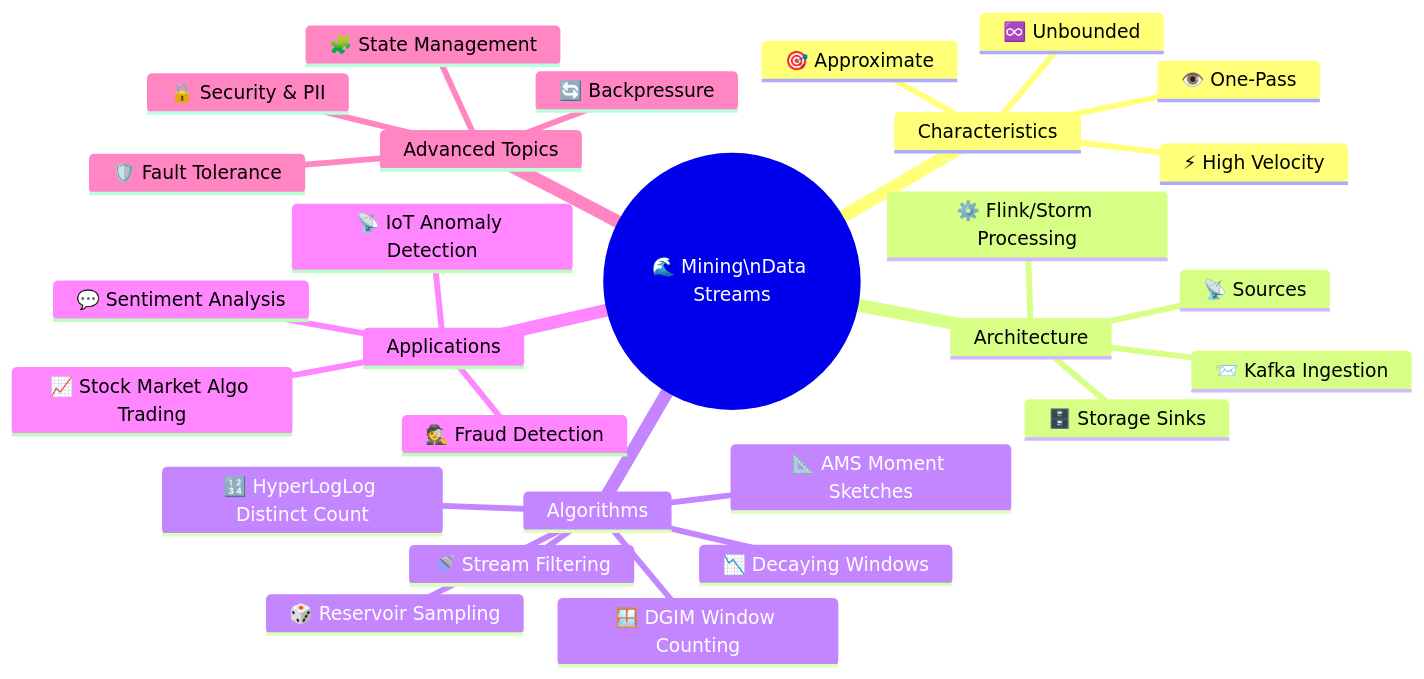
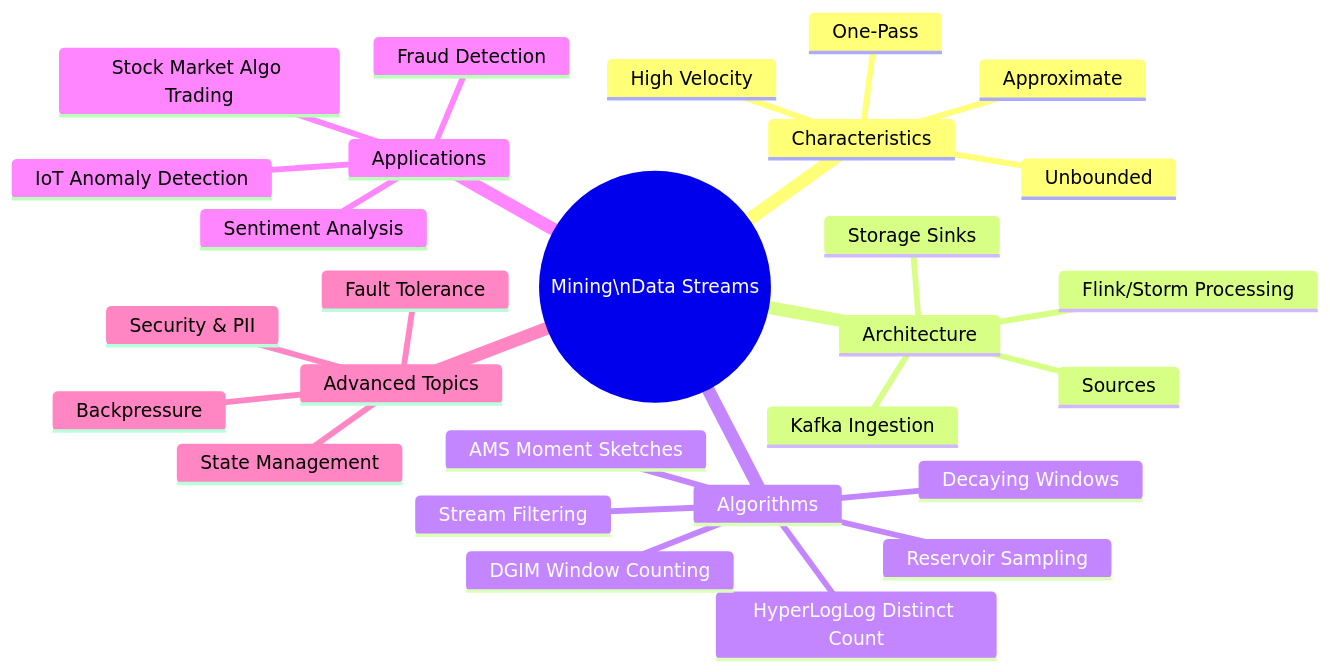
One commit to NK2552003/Big-Data-Survival-Guide changed the eighth of 8 diagrams in UNITS/UNIT 2/unit-2-english-fun.md. Above: the diagram before and after it, drawn with Mermaid. The commit also changed other lines of this file and 78 other files, not shown here.

````diff
--- a/UNITS/UNIT 2/unit-2-english-fun.md
+++ b/UNITS/UNIT 2/unit-2-english-fun.md
@@ -1211,31 +1211,31 @@
 ```mermaid
 mindmap
-  root((🌊 Mining\nData Streams))
+  root(( Mining\nData Streams))
     Characteristics
-      ♾️ Unbounded
-      ⚡ High Velocity
-      👁️ One-Pass
-      🎯 Approximate
+      Unbounded
+      High Velocity
+      One-Pass
+      Approximate
     Architecture
-      📡 Sources
-      📨 Kafka Ingestion
-      ⚙️ Flink/Storm Processing
-      🗄️ Storage Sinks
+      Sources
+      Kafka Ingestion
+      Flink/Storm Processing
+      Storage Sinks
     Algorithms
-      🎲 Reservoir Sampling
-      🚿 Stream Filtering  
-      🔢 HyperLogLog Distinct Count
-      📐 AMS Moment Sketches
-      🪟 DGIM Window Counting
-      📉 Decaying Windows
+      Reservoir Sampling
+      Stream Filtering
+      HyperLogLog Distinct Count
+      AMS Moment Sketches
+      DGIM Window Counting
+      Decaying Windows
     Applications
-      🕵️ Fraud Detection
-      📡 IoT Anomaly Detection
-      💬 Sentiment Analysis
-      📈 Stock Market Algo Trading
+      Fraud Detection
+      IoT Anomaly Detection
+      Sentiment Analysis
+      Stock Market Algo Trading
     Advanced Topics
-      🔄 Backpressure
-      🔒 Security & PII
-      🧩 State Management
-      🛡️ Fault Tolerance
+      Backpressure
+      Security & PII
+      State Management
+      Fault Tolerance
 ```
````
